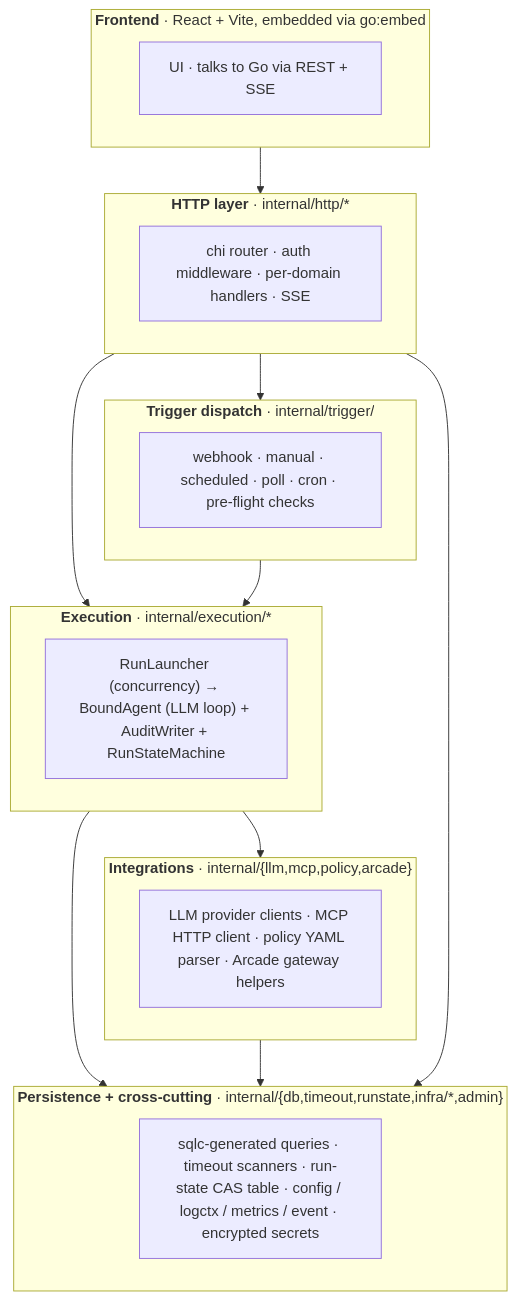
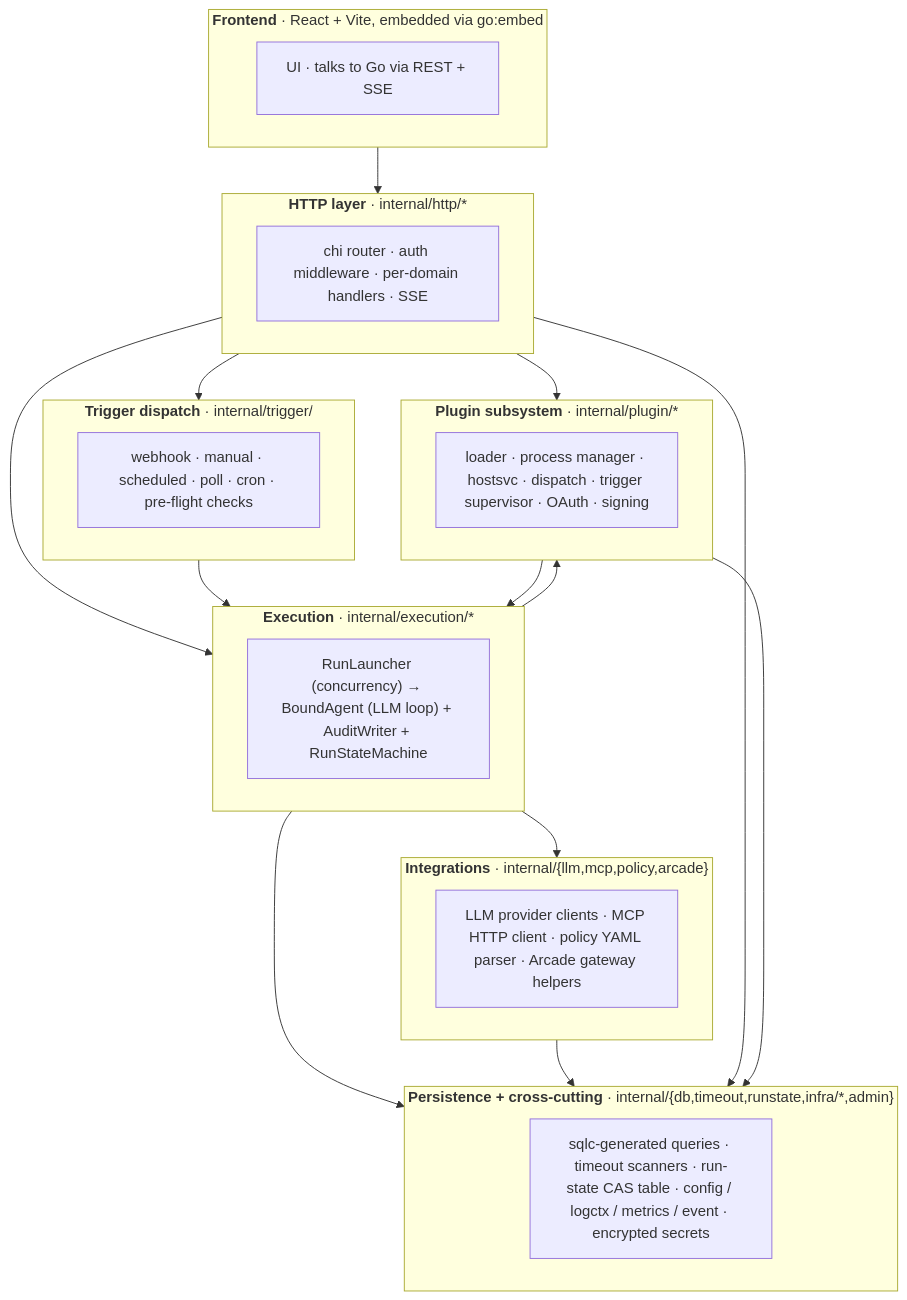
The first of 3 diagrams in docs/developer/diagrams/architecture-at-a-glance.md (Felag-Engineering/gleipnir), drawn with Mermaid before and after one commit. The commit also changed other lines of this file and 7 other files, not shown here.

````diff
--- a/docs/developer/diagrams/architecture-at-a-glance.md
+++ b/docs/developer/diagrams/architecture-at-a-glance.md
@@ -9,35 +9,43 @@
 ```mermaid
 graph TB
     subgraph FE["<b>Frontend</b> · React + Vite, embedded via go:embed"]
         FRONT["UI · talks to Go via REST + SSE"]
     end
 
     subgraph HTTP["<b>HTTP layer</b> · internal/http/*"]
         HTTPL["chi router · auth middleware · per-domain handlers · SSE"]
     end
 
     subgraph TRIG["<b>Trigger dispatch</b> · internal/trigger/"]
         TRIGL["webhook · manual · scheduled · poll · cron · pre-flight checks"]
     end
 
     subgraph EXE["<b>Execution</b> · internal/execution/*"]
         EXEL["RunLauncher (concurrency) → BoundAgent (LLM loop) + AuditWriter + RunStateMachine"]
     end
 
     subgraph INT["<b>Integrations</b> · internal/{llm,mcp,policy,arcade}"]
         INTL["LLM provider clients · MCP HTTP client · policy YAML parser · Arcade gateway helpers"]
     end
 
     subgraph PER["<b>Persistence + cross-cutting</b> · internal/{db,timeout,runstate,infra/*,admin}"]
         PERL["sqlc-generated queries · timeout scanners · run-state CAS table · config / logctx / metrics / event · encrypted secrets"]
     end
 
+    subgraph PLG["<b>Plugin subsystem</b> · internal/plugin/*"]
+        PLGL["loader · process manager · hostsvc · dispatch · trigger supervisor · OAuth · signing"]
+    end
+
     FE --> HTTP
     HTTP --> TRIG
     HTTP --> EXE
+    HTTP --> PLG
     TRIG --> EXE
     EXE --> INT
     EXE --> PER
+    EXE --> PLG
     INT --> PER
     HTTP --> PER
+    PLG --> EXE
+    PLG --> PER
 ```
````
